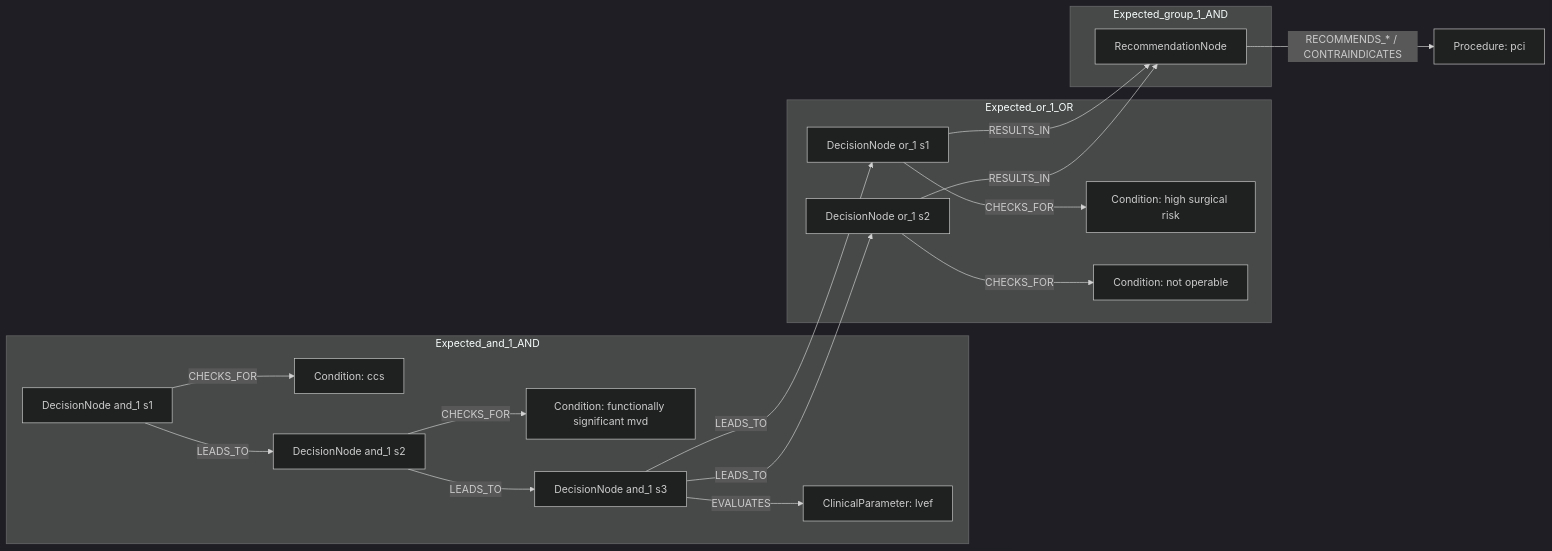
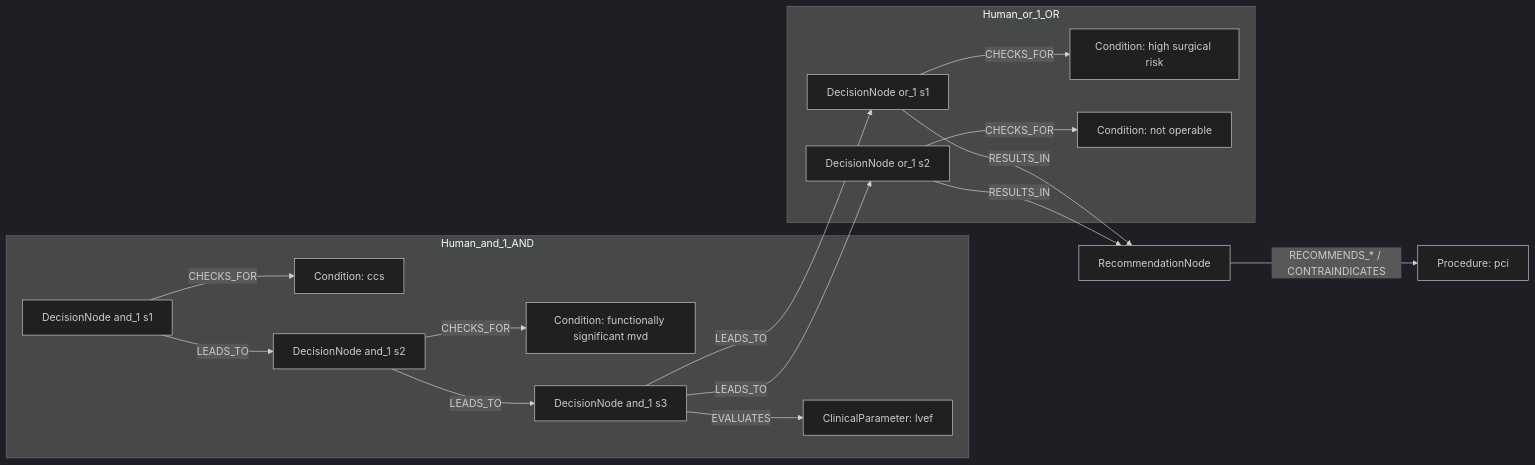
One commit to dieterich-lab/CardioGuidelinesGraph changed the first of 2 diagrams in docs/table22_rows/row_11.md. Above: the diagram before and after it, drawn with Mermaid (dark theme). The commit also changed other lines of this file and 18 other files, not shown here.

Commit message:
Adjust mermaid for conditions/actions

````diff
--- a/docs/table22_rows/row_11.md
+++ b/docs/table22_rows/row_11.md
@@ -139,34 +139,31 @@
 ```mermaid
 graph LR
   REC[RecommendationNode]
   ACT1[Procedure: pci]
   REC -->|RECOMMENDS_* / CONTRAINDICATES| ACT1
-  subgraph Expected_and_1_AND
+  subgraph Human_and_1_AND
     D_and_1_1[DecisionNode and_1 s1]
     C_and_1_1[Condition: ccs]
     D_and_1_1 -->|CHECKS_FOR| C_and_1_1
     D_and_1_2[DecisionNode and_1 s2]
     C_and_1_2[Condition: functionally significant mvd]
     D_and_1_2 -->|CHECKS_FOR| C_and_1_2
     D_and_1_3[DecisionNode and_1 s3]
     C_and_1_3[ClinicalParameter: lvef]
     D_and_1_3 -->|EVALUATES| C_and_1_3
     D_and_1_1 -->|LEADS_TO| D_and_1_2
     D_and_1_2 -->|LEADS_TO| D_and_1_3
   end
-  subgraph Expected_or_1_OR
+  subgraph Human_or_1_OR
     D_or_1_1[DecisionNode or_1 s1]
     C_or_1_1[Condition: high surgical risk]
     D_or_1_1 -->|CHECKS_FOR| C_or_1_1
     D_or_1_2[DecisionNode or_1 s2]
     C_or_1_2[Condition: not operable]
     D_or_1_2 -->|CHECKS_FOR| C_or_1_2
     D_and_1_3 -->|LEADS_TO| D_or_1_1
     D_and_1_3 -->|LEADS_TO| D_or_1_2
   end
-  subgraph Expected_group_1_AND
-    REC
-  end
   D_or_1_1 -->|RESULTS_IN| REC
   D_or_1_2 -->|RESULTS_IN| REC
 ```
````
